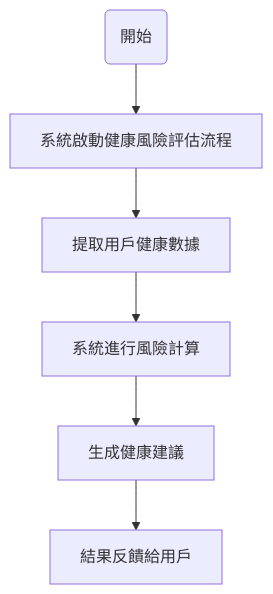
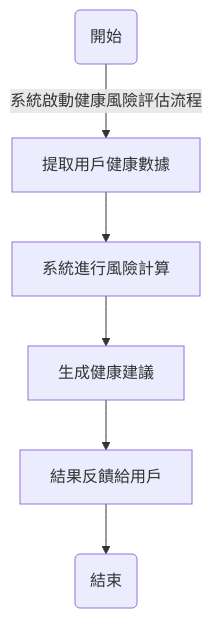
Before and after one commit to Xz-369/113_CourseTopics: the fifth of 5 diagrams in hw5.md, drawn with Mermaid.

````diff
--- a/hw5.md
+++ b/hw5.md
@@ -46,8 +46,8 @@
 ```mermaid
 graph TD
-    A(開始) --> B[系統啟動健康風險評估流程]
-    B --> C[提取用戶健康數據]
-    C --> D[系統進行風險計算]
-    D --> E[生成健康建議]
-    E --> F[結果反饋給用戶]
+    A(開始) --> |系統啟動健康風險評估流程|B[提取用戶健康數據]
+    B --> C[系統進行風險計算]
+    C --> D[生成健康建議]
+    D --> E[結果反饋給用戶]
+    E --> F(結束)
 ```
````
